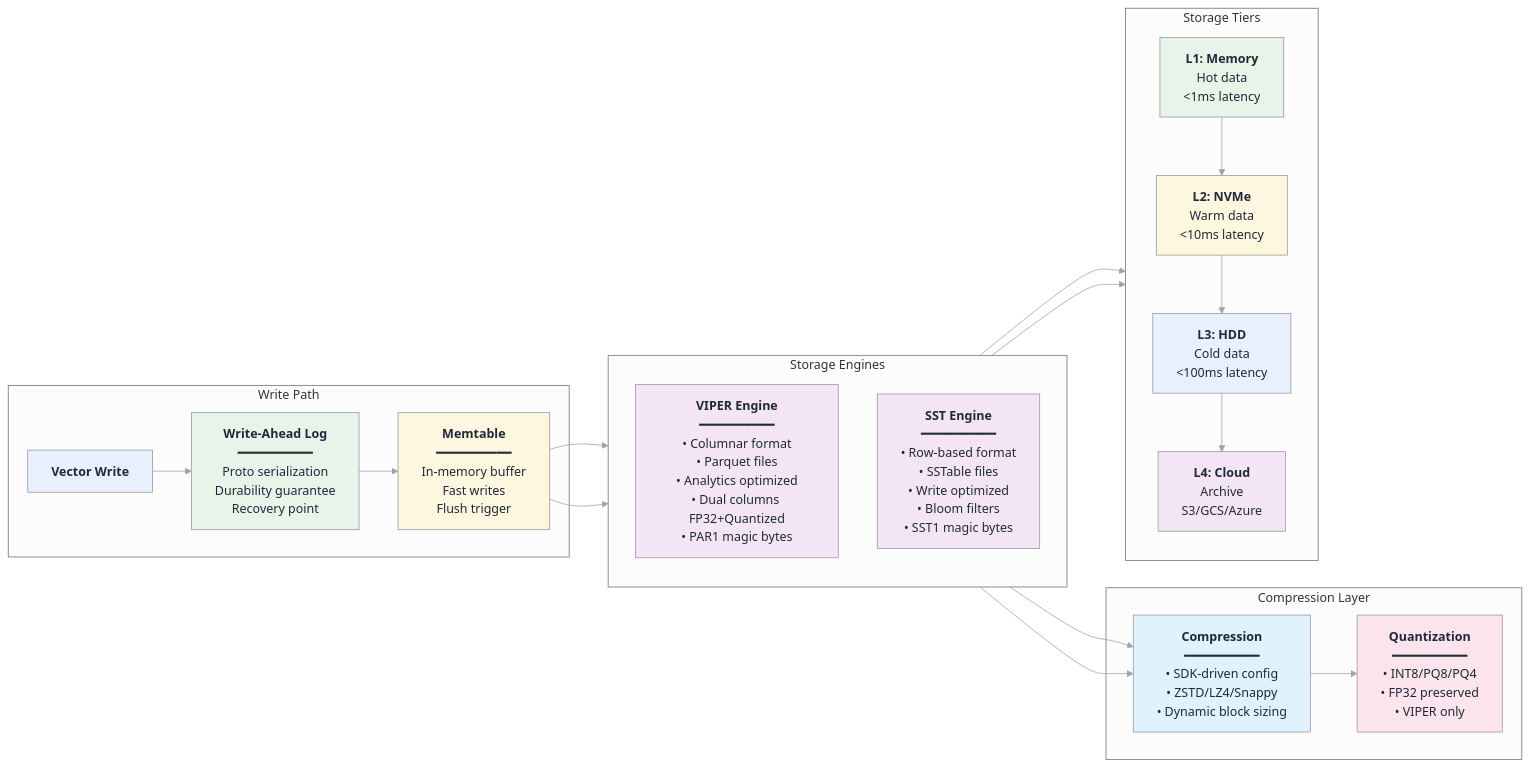
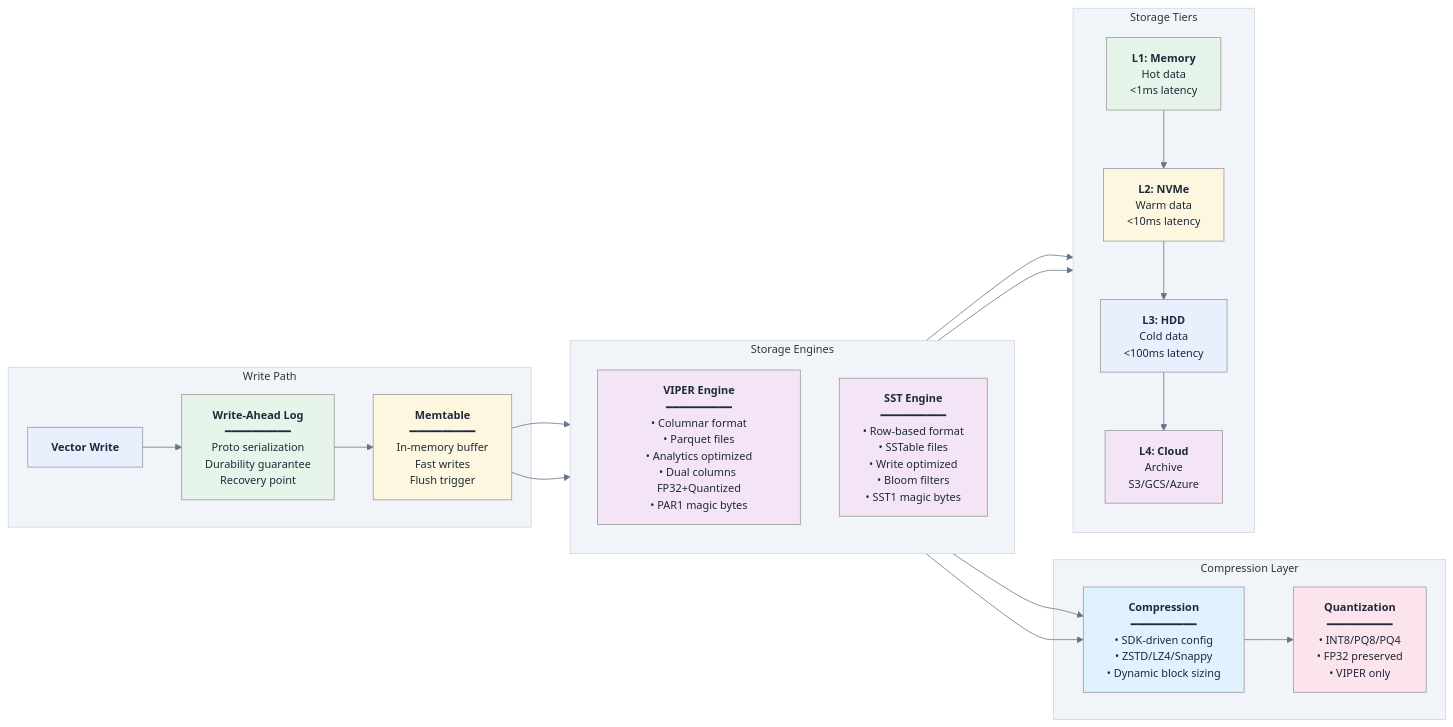
The diagram in docs/diagrams/technical-storage-architecture.mmd (vjsingh1984/proximaDB), drawn with Mermaid before and after one commit. The commit also changed 175 other files, not shown here.

```diff
--- a/docs/diagrams/technical-storage-architecture.mmd
+++ b/docs/diagrams/technical-storage-architecture.mmd
@@ -1,57 +1,57 @@
-%%{init: {'theme':'neutral', 'themeVariables': {'primaryColor':'#3b82f6','primaryTextColor':'#1f2937','primaryBorderColor':'#6b7280','lineColor':'#9ca3af','secondaryColor':'#10b981','tertiaryColor':'#f59e0b','background':'transparent','mainBkg':'#f3f4f6','secondBkg':'#e5e7eb','textColor':'#1f2937'}}}%%
+%%{init: {"theme":"neutral", "themeVariables": {"primaryColor":"#2563eb","primaryTextColor":"#ffffff","primaryBorderColor":"#1e40af","lineColor":"#64748b","secondaryColor":"#10b981","secondaryTextColor":"#ffffff","tertiaryColor":"#f59e0b","tertiaryTextColor":"#ffffff","background":"transparent","mainBkg":"#ffffff","secondBkg":"#f8fafc","textColor":"#1e293b","nodeTextColor":"#1e293b","fontFamily":"-apple-system, BlinkMacSystemFont, Segoe UI, Roboto, sans-serif","fontSize":"14px","clusterBkg":"#f1f5f9","clusterBorder":"#cbd5e1","edgeLabelBackground":"#ffffff"}}}%%
 graph LR
     subgraph "Write Path"
         Write[<b>Vector Write</b>]
         WAL[<b>Write-Ahead Log</b><br/>━━━━━━━━━━<br/>Proto serialization<br/>Durability guarantee<br/>Recovery point]
         Memtable[<b>Memtable</b><br/>━━━━━━━━━━<br/>In-memory buffer<br/>Fast writes<br/>Flush trigger]
     end
     
     subgraph "Storage Engines"
         direction TB
         
         VIPER[<b>VIPER Engine</b><br/>━━━━━━━━━━<br/>• Columnar format<br/>• Parquet files<br/>• Analytics optimized<br/>• Dual columns FP32+Quantized<br/>• PAR1 magic bytes]
         
         SST[<b>SST Engine</b><br/>━━━━━━━━━━<br/>• Row-based format<br/>• SSTable files<br/>• Write optimized<br/>• Bloom filters<br/>• SST1 magic bytes]
     end
     
     subgraph "Compression Layer"
         Compression[<b>Compression</b><br/>━━━━━━━━━━<br/>• SDK-driven config<br/>• ZSTD/LZ4/Snappy<br/>• Dynamic block sizing]
         
         Quantization[<b>Quantization</b><br/>━━━━━━━━━━<br/>• INT8/PQ8/PQ4<br/>• FP32 preserved<br/>• VIPER only]
     end
     
     subgraph "Storage Tiers"
         direction TB
         
         L1[<b>L1: Memory</b><br/>Hot data<br/><1ms latency]
         L2[<b>L2: NVMe</b><br/>Warm data<br/><10ms latency]
         L3[<b>L3: HDD</b><br/>Cold data<br/><100ms latency]
         L4[<b>L4: Cloud</b><br/>Archive<br/>S3/GCS/Azure]
     end
     
     Write --> WAL
     WAL --> Memtable
     Memtable --> VIPER
     Memtable --> SST
     
     VIPER --> Compression
     SST --> Compression
     Compression --> Quantization
     
     VIPER --> L2
     SST --> L2
     L1 --> L2
     L2 --> L3
     L3 --> L4
     
     style Write fill:#e8f0fe
     style WAL fill:#e6f4ea
     style Memtable fill:#fef7e0
     style VIPER fill:#f3e5f5
     style SST fill:#f3e5f5
     style Compression fill:#e0f2fe
     style Quantization fill:#fce4ec
     style L1 fill:#e6f4ea
     style L2 fill:#fef7e0
     style L3 fill:#e8f0fe
     style L4 fill:#f3e5f5
```
